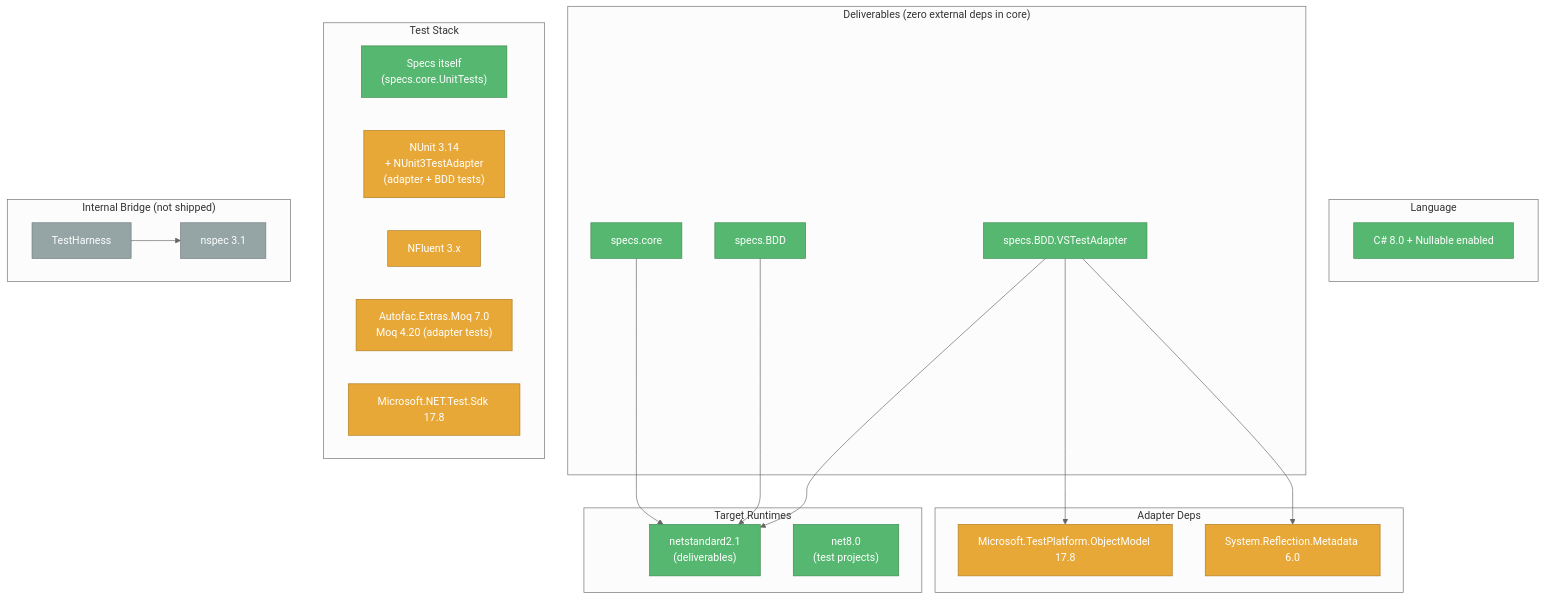
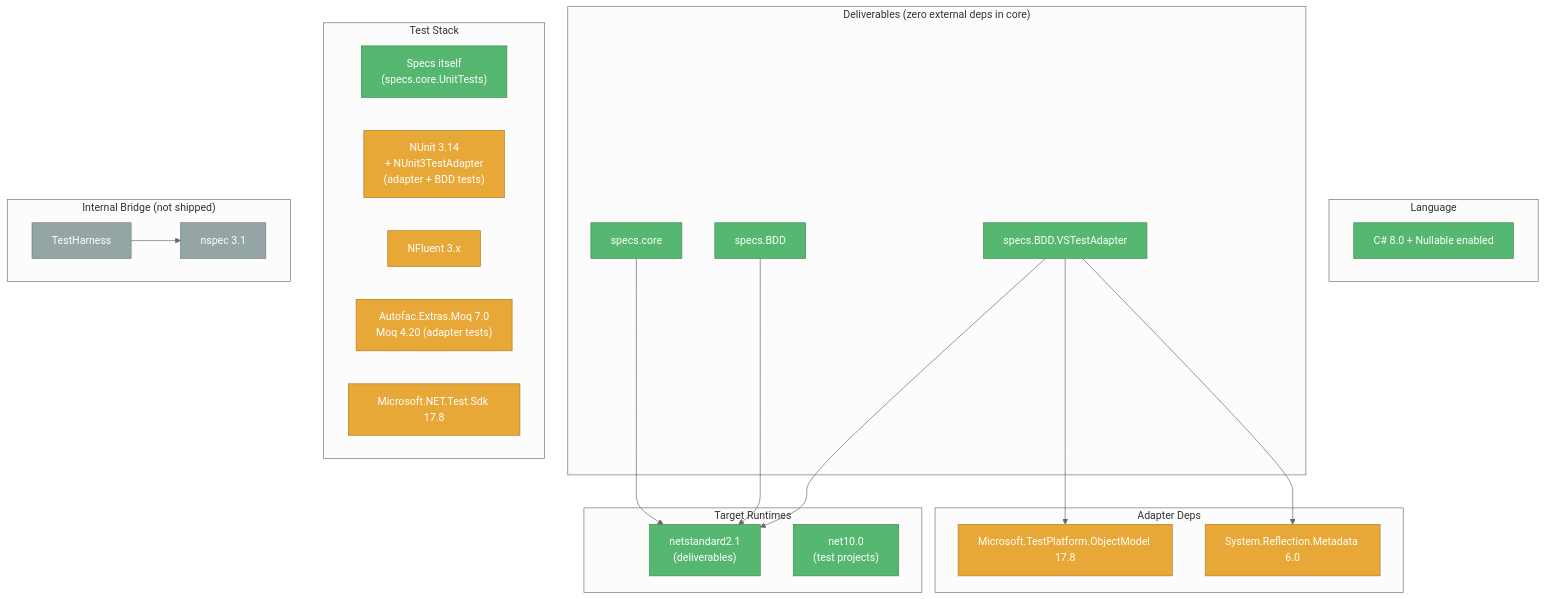
One commit to yozepi/Specs changed the first of 2 diagrams in memory-bank/techContext.md. Above: the diagram before and after it, drawn with Mermaid. The commit also changed other lines of this file and 3 other files, not shown here.

First line of the commit message:
Update memory bank for .NET 10 test upgrade

````diff
--- a/memory-bank/techContext.md
+++ b/memory-bank/techContext.md
@@ -5,47 +5,47 @@
 ```mermaid
 %%{init: {'theme': 'neutral'}}%%
 flowchart TD
     subgraph Runtimes["Target Runtimes"]
         NS21["netstandard2.1<br/>(deliverables)"]:::app
-        N8["net8.0<br/>(test projects)"]:::app
+        N8["net10.0<br/>(test projects)"]:::app
     end
 
     subgraph Lang["Language"]
         CS8["C# 8.0 + Nullable enabled"]:::app
     end
 
     subgraph Deliverables["Deliverables (zero external deps in core)"]
         CORE["specs.core"]:::app
         BDD["specs.BDD"]:::app
         ADP["specs.BDD.VSTestAdapter"]:::app
     end
 
     subgraph Test["Test Stack"]
         SELF["Specs itself<br/>(specs.core.UnitTests)"]:::app
         NU["NUnit 3.14<br/>+ NUnit3TestAdapter<br/>(adapter + BDD tests)"]:::external
         NF["NFluent 3.x"]:::external
         MQ["Autofac.Extras.Moq 7.0<br/>Moq 4.20 (adapter tests)"]:::external
         TS["Microsoft.NET.Test.Sdk 17.8"]:::external
     end
 
     subgraph AdapterDeps["Adapter Deps"]
         MTP["Microsoft.TestPlatform.ObjectModel 17.8"]:::external
         SRM["System.Reflection.Metadata 6.0"]:::external
     end
 
     subgraph Legacy["Internal Bridge (not shipped)"]
         NSPEC["nspec 3.1"]:::deprecated
         TH["TestHarness"]:::deprecated
     end
 
     CORE --> NS21
     BDD --> NS21
     ADP --> NS21
     ADP --> MTP
     ADP --> SRM
     TH --> NSPEC
 
     classDef app fill:#56B870,stroke:#3D8B50,color:#fff
     classDef external fill:#E8A838,stroke:#B07D20,color:#fff
     classDef deprecated fill:#95A5A6,stroke:#707B7C,color:#fff
 ```
````
